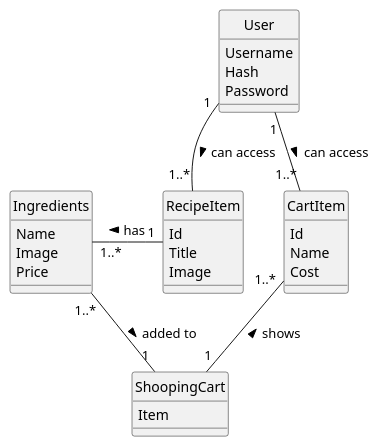
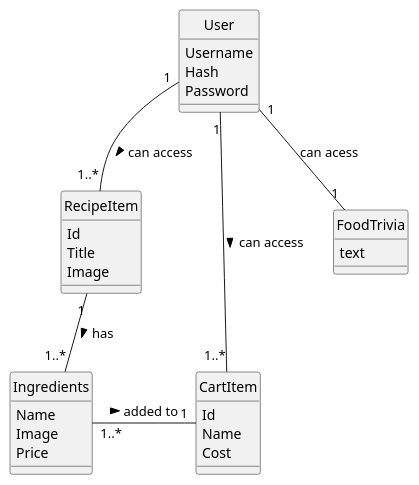
The diagram in Documents/DM.puml (IsepMartimOliveira/DSSMV_ProjectDroid_1181754), drawn with PlantUML before and after one commit. The commit also changed 16 other files, not shown here.

```diff
--- a/Documents/DM.puml
+++ b/Documents/DM.puml
@@ -1,40 +1,38 @@
 @startuml
 hide circle
 
 class User{
 Username
 Hash
 Password
 }
 
 
 class RecipeItem{
 Id
 Title
 Image
 }
 class Ingredients{
 Name
 Image
 Price
 }
 
+class FoodTrivia{
+text
+}
 
-class ShoopingCart{
-Item
-
-}
 
 class CartItem{
 Id
 Name
 Cost
 }
-
+User"1"--"1"FoodTrivia:can acess
 User"1"--"1..*" CartItem:can access >
 User "1" -- "1..*" RecipeItem: can access >
-RecipeItem"1"--left"1..*"Ingredients:has >
-CartItem"1..*" --"1" ShoopingCart   :shows <
-Ingredients"1..*" -- "1" ShoopingCart: added to >
+RecipeItem"1"--"1..*"Ingredients:has >
+Ingredients"1..*" --right "1" CartItem: added to >
 
 @enduml
```
